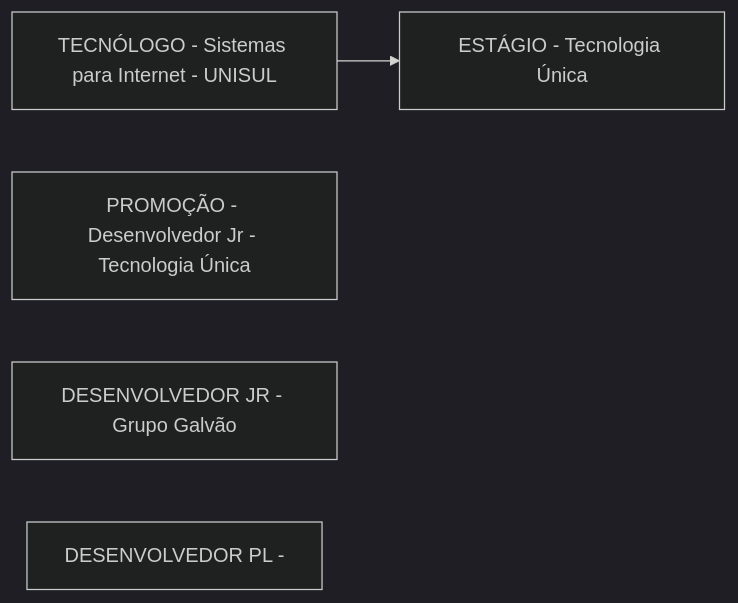
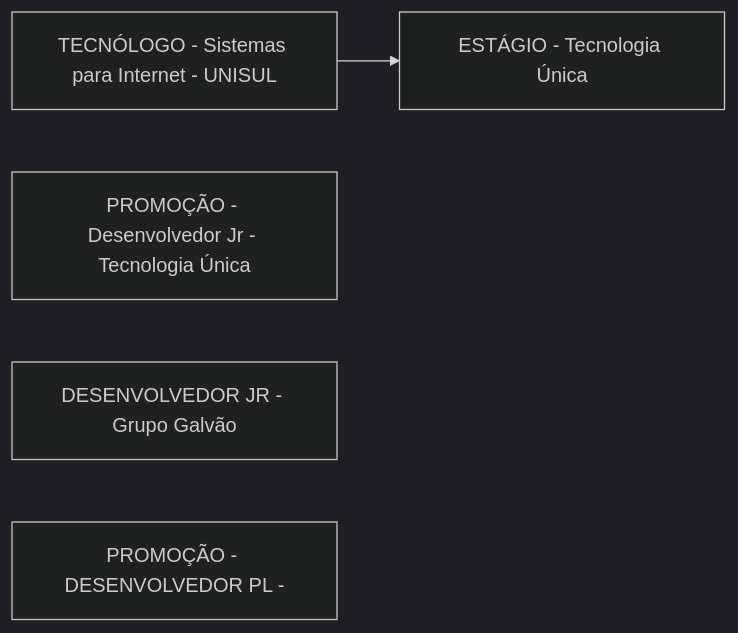
Before and after one commit to rafsp/Graduacao_FIAP: the diagram in Advanced-Business-Development-with-.NET/1º-Semestre/Aula-01-%2D-Introdução-e-Apresentação/Apresentação-do-Professor.md, drawn with Mermaid (dark theme).

Commit message:
Updated Apresentação do Professor

```diff
--- a/Advanced-Business-Development-with-.NET/1º-Semestre/Aula-01-%2D-Introdução-e-Apresentação/Apresentação-do-Professor.md
+++ b/Advanced-Business-Development-with-.NET/1º-Semestre/Aula-01-%2D-Introdução-e-Apresentação/Apresentação-do-Professor.md
@@ -1,9 +1,9 @@
 ::: mermaid
 flowchart LR;
 a[TECNÓLOGO - Sistemas para Internet - UNISUL]
 b[ESTÁGIO - Tecnologia Única];
 c[PROMOÇÃO - Desenvolvedor Jr - Tecnologia Única];
 d[DESENVOLVEDOR JR - Grupo Galvão];
-e[DESENVOLVEDOR PL - ]
+e[PROMOÇÃO - DESENVOLVEDOR PL - ]
 a-->b;
 :::
```
